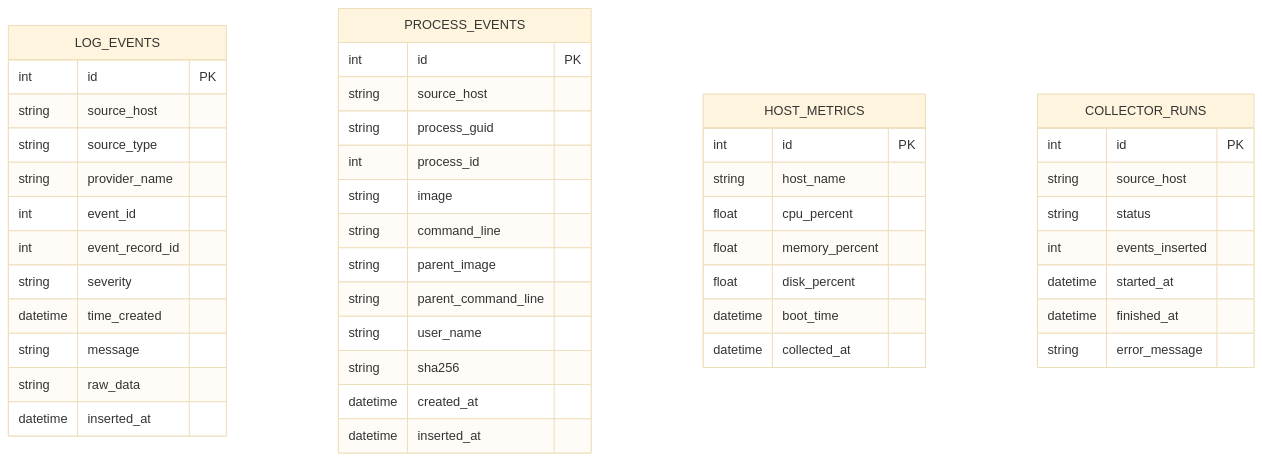
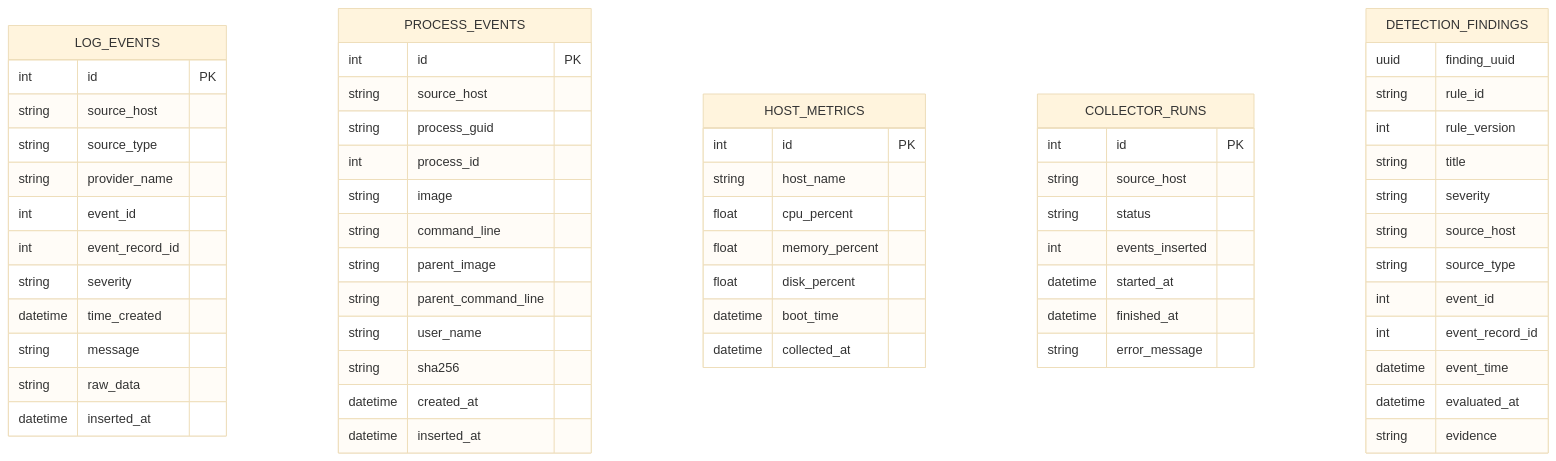
Before and after one commit to Hilliam1/Telemetry-Platform: diagram 12 of 23 in docs/01_System_Architecture.md, drawn with Mermaid (base theme). The commit also changed other lines of this file and 19 other files, not shown here.

Commit message:
feat: persist deterministic detection findings

````diff
--- a/docs/01_System_Architecture.md
+++ b/docs/01_System_Architecture.md
@@ -435,48 +447,62 @@
 ```mermaid
 erDiagram
  LOG_EVENTS {
  int id PK
  string source_host
  string source_type
  string provider_name
  int event_id
  int event_record_id
  string severity
  datetime time_created
  string message
  string raw_data
  datetime inserted_at
  }
  PROCESS_EVENTS {
  int id PK
  string source_host
  string process_guid
  int process_id
  string image
  string command_line
  string parent_image
  string parent_command_line
  string user_name
  string sha256
  datetime created_at
  datetime inserted_at
  }
  HOST_METRICS {
  int id PK
  string host_name
  float cpu_percent
  float memory_percent
  float disk_percent
  datetime boot_time
  datetime collected_at
  }
  COLLECTOR_RUNS {
  int id PK
  string source_host
  string status
  int events_inserted
  datetime started_at
  datetime finished_at
  string error_message
  }
+ DETECTION_FINDINGS {
+ uuid finding_uuid
+ string rule_id
+ int rule_version
+ string title
+ string severity
+ string source_host
+ string source_type
+ int event_id
+ int event_record_id
+ datetime event_time
+ datetime evaluated_at
+ string evidence
+ }
 ```
````
